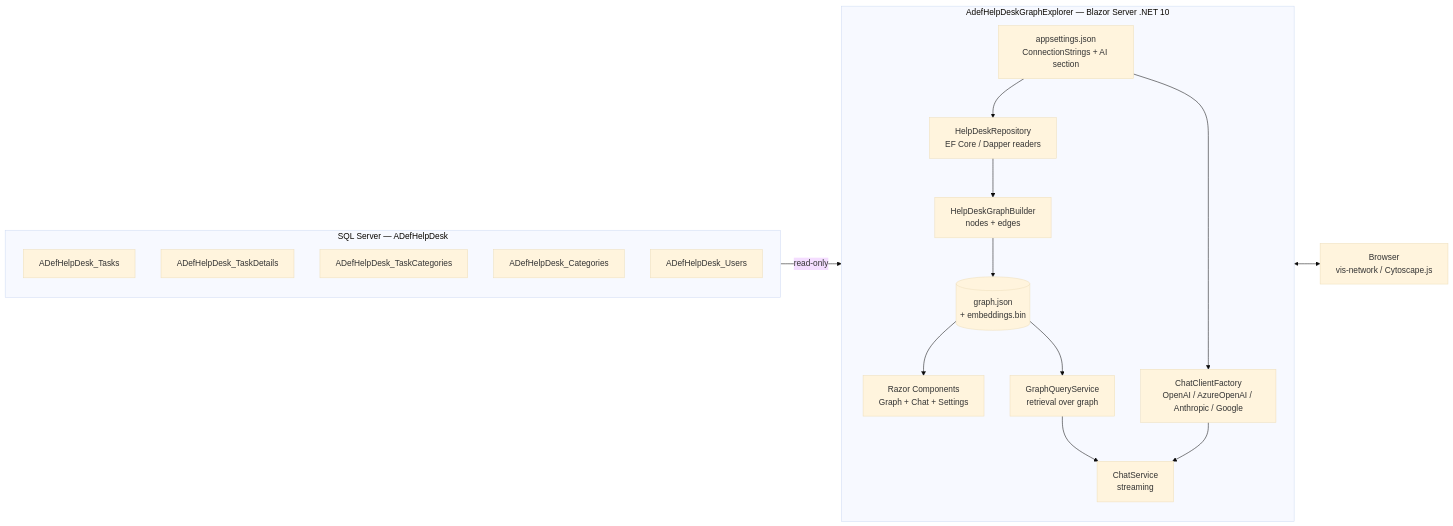
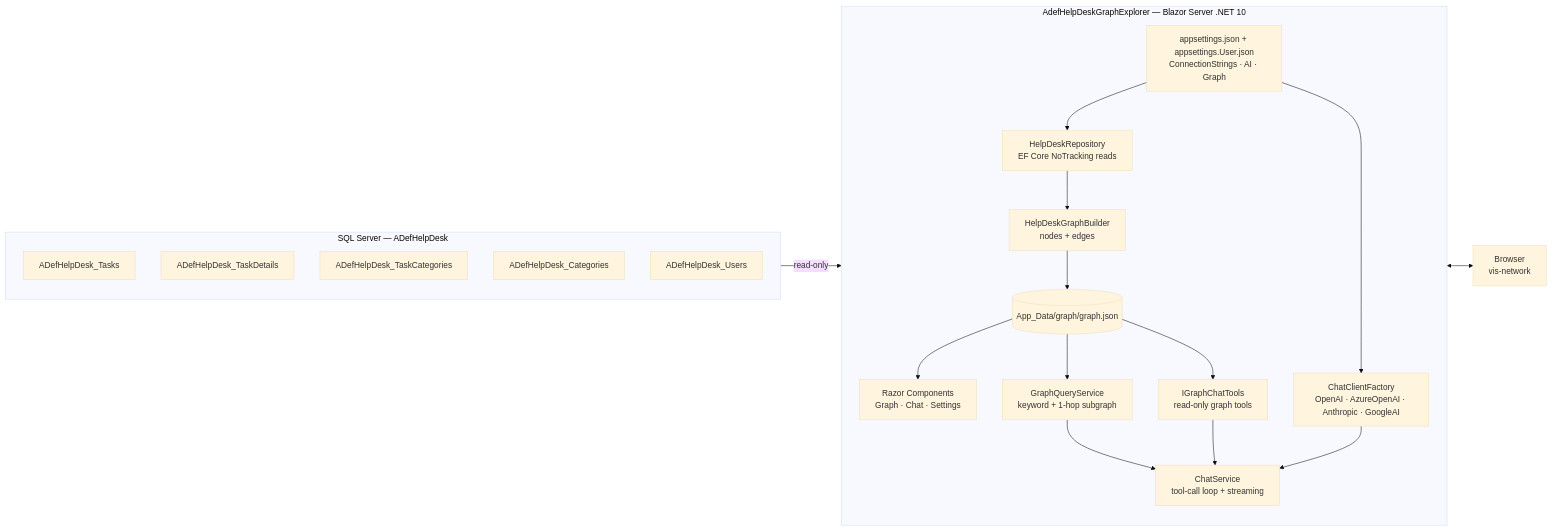
The first of 4 diagrams in docs/implementation-plan.md (ADefWebserver/AdefHelpDeskGraphExplorer), drawn with Mermaid (base theme) before and after one commit. The commit also changed other lines of this file, not shown here.

````diff
--- a/docs/implementation-plan.md
+++ b/docs/implementation-plan.md
@@ -17,32 +16,34 @@
 ```mermaid
 flowchart LR
     subgraph DB["SQL Server — ADefHelpDesk"]
         T[ADefHelpDesk_Tasks]
         TD[ADefHelpDesk_TaskDetails]
         TC[ADefHelpDesk_TaskCategories]
         C[ADefHelpDesk_Categories]
         U[ADefHelpDesk_Users]
     end
 
     subgraph App["AdefHelpDeskGraphExplorer — Blazor Server .NET 10"]
         direction TB
-        Cfg[appsettings.json<br/>ConnectionStrings + AI section]
-        Repo[HelpDeskRepository<br/>EF Core / Dapper readers]
+        Cfg[appsettings.json + appsettings.User.json<br/>ConnectionStrings · AI · Graph]
+        Repo[HelpDeskRepository<br/>EF Core NoTracking reads]
         Parser[HelpDeskGraphBuilder<br/>nodes + edges]
-        GJ[(graph.json<br/>+ embeddings.bin)]
-        AIFac[ChatClientFactory<br/>OpenAI / AzureOpenAI / Anthropic / Google]
-        ChatSvc[ChatService<br/>streaming]
-        RAG[GraphQueryService<br/>retrieval over graph]
-        UI[Razor Components<br/>Graph + Chat + Settings]
+        GJ[(App_Data/graph/graph.json)]
+        AIFac[ChatClientFactory<br/>OpenAI · AzureOpenAI · Anthropic · GoogleAI]
+        Tools[IGraphChatTools<br/>read-only graph tools]
+        ChatSvc[ChatService<br/>tool-call loop + streaming]
+        RAG[GraphQueryService<br/>keyword + 1-hop subgraph]
+        UI[Razor Components<br/>Graph · Chat · Settings]
     end
 
-    Browser[Browser<br/>vis-network / Cytoscape.js]
+    Browser[Browser<br/>vis-network]
 
     DB -->|read-only| Repo --> Parser --> GJ
     GJ --> UI
     GJ --> RAG --> ChatSvc
+    GJ --> Tools --> ChatSvc
     AIFac --> ChatSvc
     Cfg --> Repo
     Cfg --> AIFac
     UI <--> Browser
 ```
````
